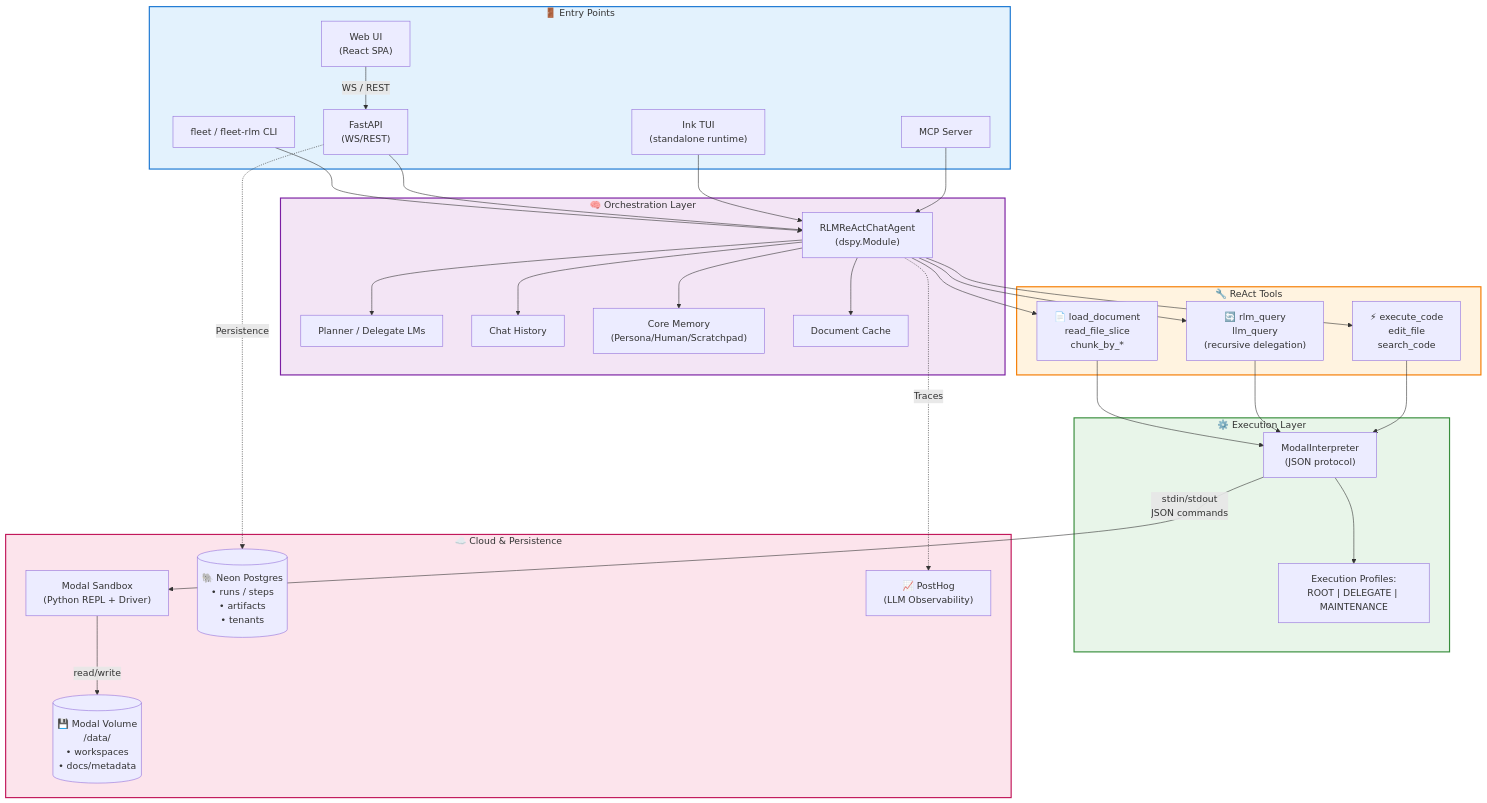
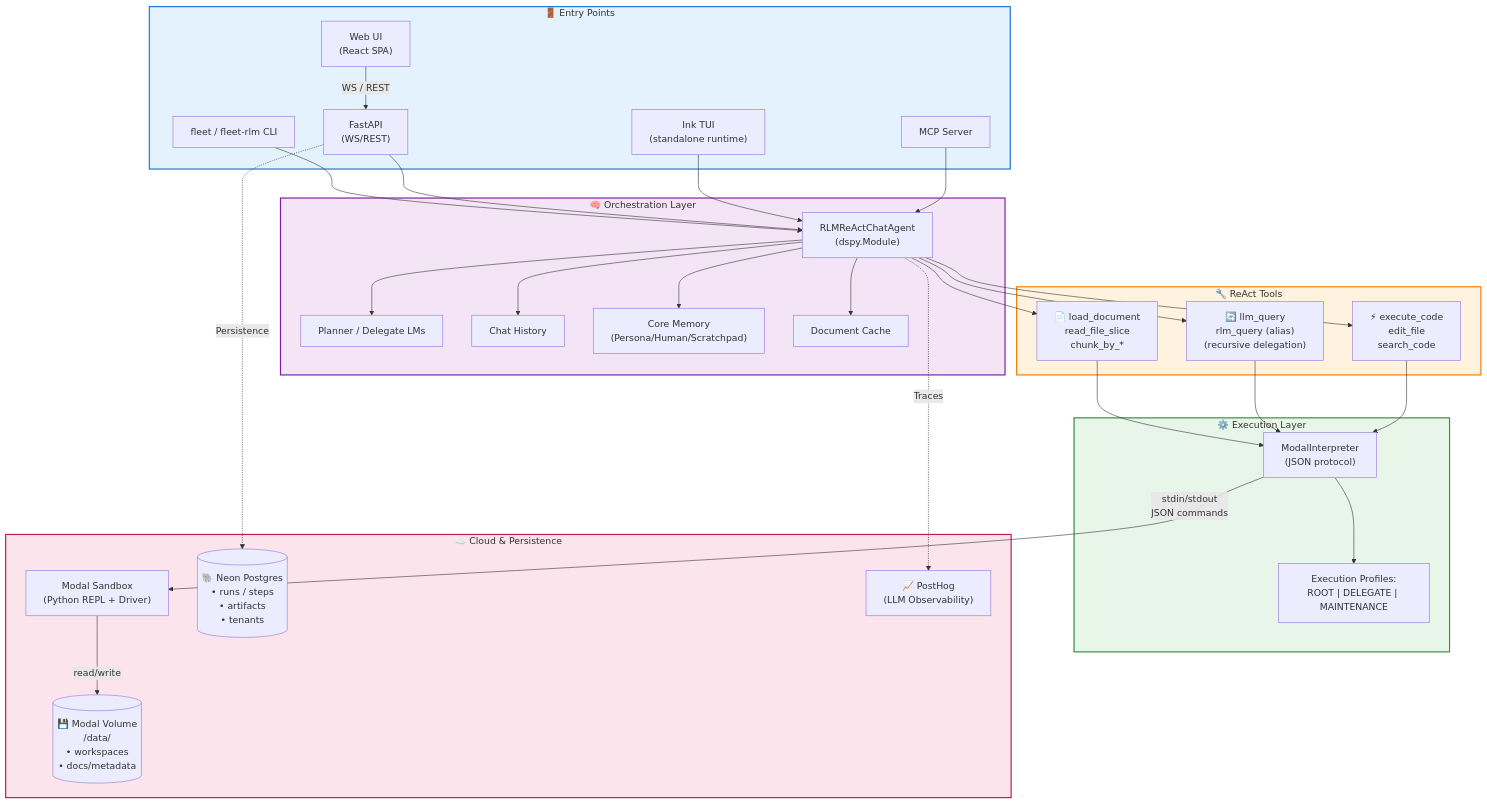
One commit to Qredence/fleet-rlm changed the diagram in README.md. Above: the diagram before and after it, drawn with Mermaid. The commit also changed other lines of this file and 1 other file, not shown here.

````diff
--- a/README.md
+++ b/README.md
@@ -142,68 +165,68 @@
 ```mermaid
 graph TB
     subgraph entry ["🚪 Entry Points"]
         CLI["fleet / fleet-rlm CLI"]
         WebUI["Web UI<br/>(React SPA)"]
         API["FastAPI<br/>(WS/REST)"]
         TUI["Ink TUI<br/>(standalone runtime)"]
         MCP["MCP Server"]
     end
 
     subgraph orchestration ["🧠 Orchestration Layer"]
         Agent["RLMReActChatAgent<br/>(dspy.Module)"]
         LMs["Planner / Delegate LMs"]
         History["Chat History"]
         Memory["Core Memory<br/>(Persona/Human/Scratchpad)"]
         DocCache["Document Cache"]
     end
 
     subgraph tools ["🔧 ReAct Tools"]
         DocTools["📄 load_document<br/>read_file_slice<br/>chunk_by_*"]
-        RecursiveTools["🔄 rlm_query<br/>llm_query<br/>(recursive delegation)"]
+        RecursiveTools["🔄 llm_query<br/>rlm_query (alias)<br/>(recursive delegation)"]
         ExecTools["⚡ execute_code<br/>edit_file<br/>search_code"]
     end
 
     subgraph execution ["⚙️ Execution Layer"]
         Interpreter["ModalInterpreter<br/>(JSON protocol)"]
         Profiles["Execution Profiles:<br/>ROOT | DELEGATE | MAINTENANCE"]
     end
 
     subgraph cloud ["☁️ Cloud & Persistence"]
         Sandbox["Modal Sandbox<br/>(Python REPL + Driver)"]
         Volume[("💾 Modal Volume<br/>/data/<br/>• workspaces<br/>• docs/metadata")]
         Neon[("🐘 Neon Postgres<br/>• runs / steps<br/>• artifacts<br/>• tenants")]
         PostHog["📈 PostHog<br/>(LLM Observability)"]
     end
 
     WebUI -->|"WS / REST"| API
     CLI --> Agent
     API --> Agent
     TUI --> Agent
     MCP --> Agent
 
     Agent --> LMs
     Agent --> History
     Agent --> Memory
     Agent --> DocCache
 
     Agent --> DocTools
     Agent --> RecursiveTools
     Agent --> ExecTools
 
     API -.->|"Persistence"| Neon
     Agent -.->|"Traces"| PostHog
 
     DocTools --> Interpreter
     RecursiveTools --> Interpreter
     ExecTools --> Interpreter
 
     Interpreter --> Profiles
     Interpreter -->|"stdin/stdout<br/>JSON commands"| Sandbox
     Sandbox -->|"read/write"| Volume
 
     style entry fill:#e3f2fd,stroke:#1976d2,stroke-width:2px
     style orchestration fill:#f3e5f5,stroke:#7b1fa2,stroke-width:2px
     style tools fill:#fff3e0,stroke:#f57c00,stroke-width:2px
     style execution fill:#e8f5e9,stroke:#388e3c,stroke-width:2px
     style cloud fill:#fce4ec,stroke:#c2185b,stroke-width:2px
 ```
````
